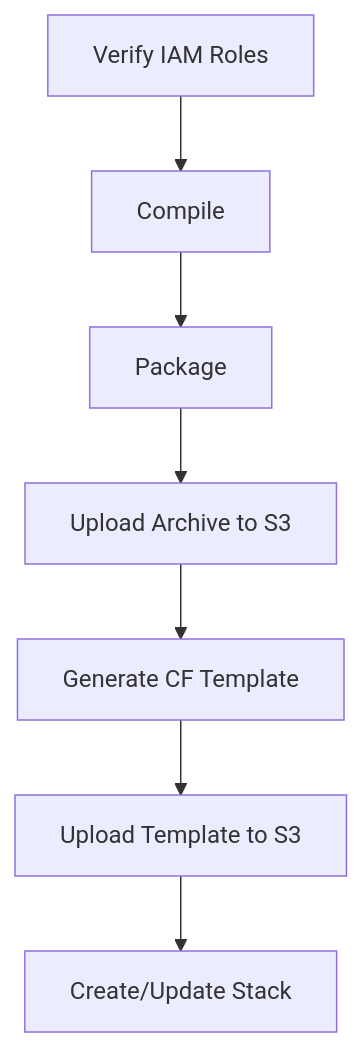
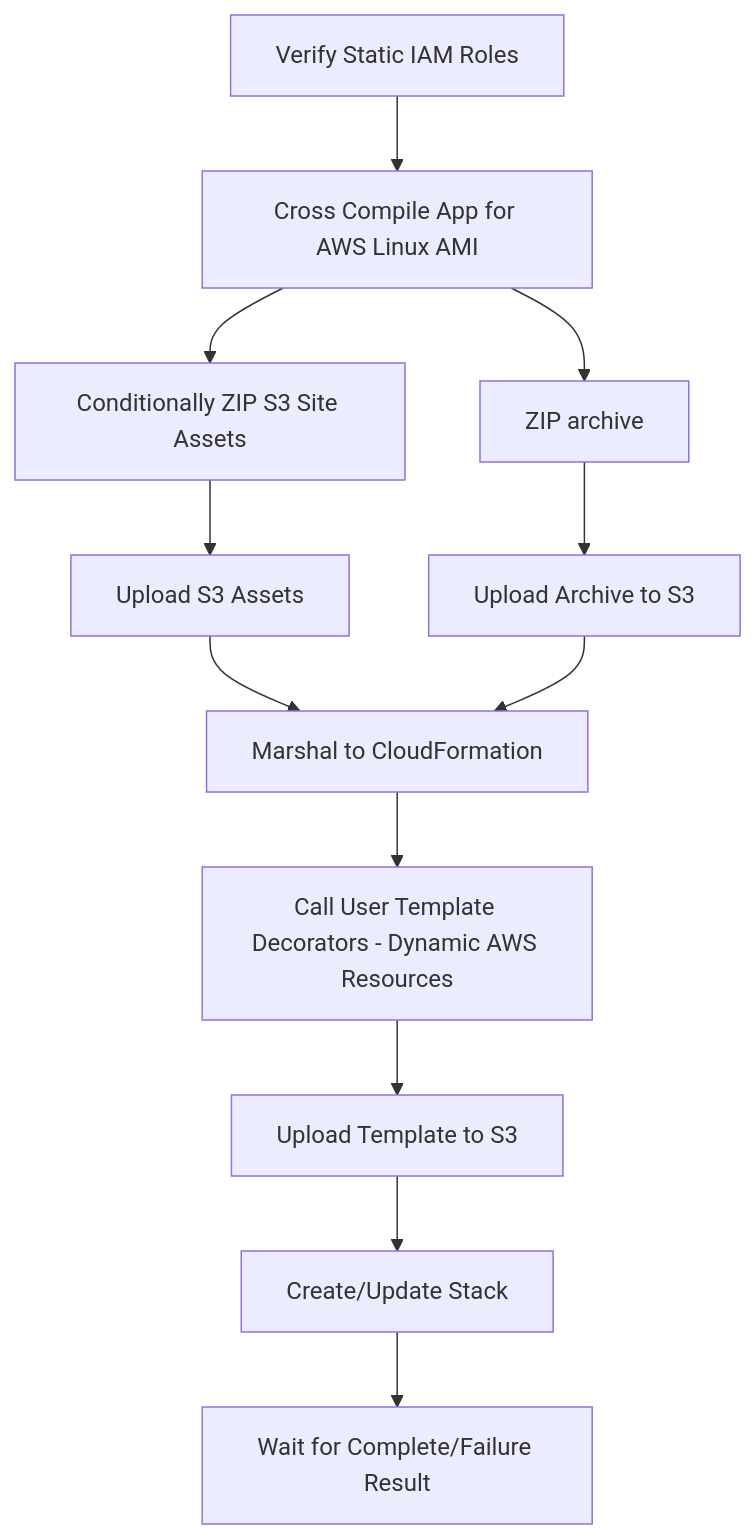
The diagram in content/docs/walkthrough/index.md (mweagle/Sparta), drawn with Mermaid before and after one commit. The commit also changed other lines of this file and 43 other files, not shown here.

```diff
--- a/content/docs/walkthrough/index.md
+++ b/content/docs/walkthrough/index.md
@@ -17,17 +17,26 @@
 {{< mermaid >}}
     graph TD
-      iam[Verify IAM Roles]
-      compile[Compile]
-      package[Package]
+      iam[Verify Static IAM Roles]
+      compile[Cross Compile App for AWS Linux AMI]
+      package[ZIP archive]
       upload[Upload Archive to S3]
-      generate[Generate CF Template]
+      packageAssets[Conditionally ZIP S3 Site Assets]
+      uploadAssets[Upload S3 Assets]
+      generate[Marshal to CloudFormation]
+      decorate[Call User Template Decorators - Dynamic AWS Resources]
       uploadTemplate[Upload Template to S3]
       converge[Create/Update Stack]
+      wait[Wait for Complete/Failure Result]
 
       iam-->compile
       compile-->package
+      compile-->packageAssets
       package-->upload
+      packageAssets-->uploadAssets
+      uploadAssets-->generate
       upload-->generate
-      generate-->uploadTemplate
+      generate-->decorate
+      decorate-->uploadTemplate
       uploadTemplate-->converge
+      converge-->wait
 {{< /mermaid >}}
```
